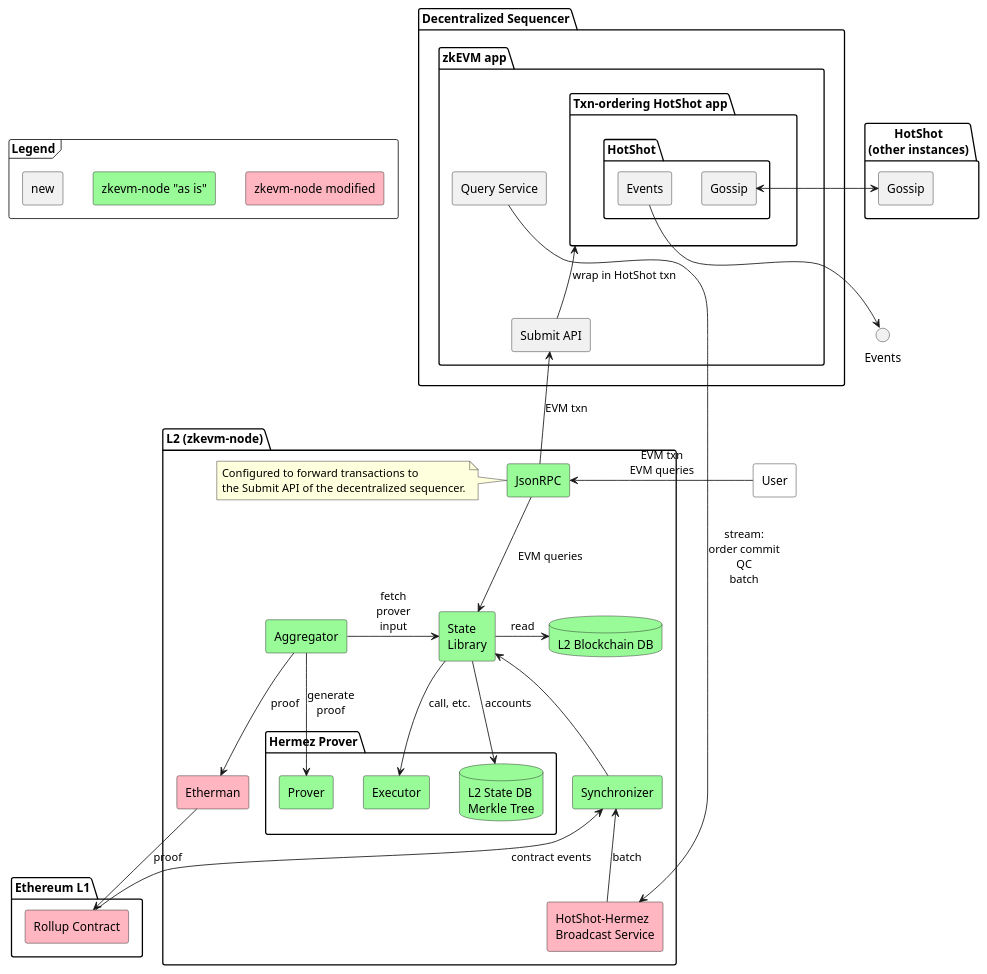
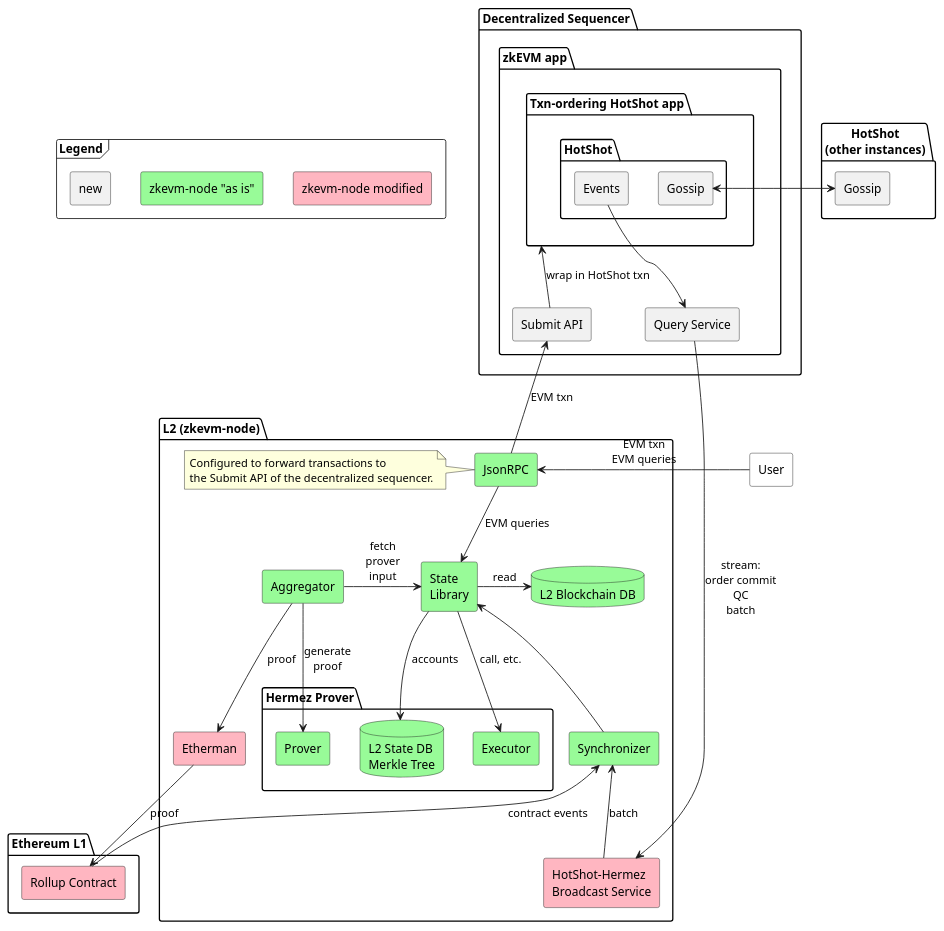
One commit to EspressoSystems/espresso-sequencer changed the diagram in doc/architecture.puml. Above: the diagram before and after it, drawn with PlantUML. The commit also changed 1 other file, not shown here.

Commit message:
Remove leftover "Events" component

```diff
--- a/doc/architecture.puml
+++ b/doc/architecture.puml
@@ -1,96 +1,96 @@
 @startuml
 skinparam componentStyle rectangle
 
 frame Legend {
   component "zkevm-node "as is"" as Original #PaleGreen
   component "zkevm-node modified" as Modified #LightPink
   component "new" as New
 }
 
 New -[hidden]r-> Original
 Original -[hidden]r-> Modified
 
 component User #White
 package "HotShot\n(other instances)" as HotShotExternal {
   component "Gossip" as GossipExternal
 }
 
 package "Decentralized Sequencer" {
   package "zkEVM app" as zkApp {
     component "Query Service" as QueryService
     component "Submit API" as Submit
     package "Txn-ordering HotShot app" as App {
       package HotShot {
         component "Gossip" as GossipInternal
         component "Events" as HotShotEvents
       }
     }
   }
 }
 
 
 package "Ethereum L1" as L1 {
   component "Rollup Contract" as Rollup #LightPink
   ' component "Bridge L1" as BridgeL1 #PaleGreen
 }
 
 
 package "L2 (zkevm-node)" as L2 {
   component JsonRPC #PaleGreen
   note left of JsonRPC
     Configured to forward transactions to
     the Submit API of the decentralized sequencer.
   end note
   database L2DB #PaleGreen [
     L2 Blockchain DB
   ]
   package "Hermez Prover" as HermezProver {
     component Prover #PaleGreen
     component Executor #PaleGreen
     database Tree #PaleGreen [
       L2 State DB
       Merkle Tree
     ]
   }
   'component "Bridge L2" as BridgeL2 #PaleGreen
   component Etherman #LightPink
   component Aggregator #PaleGreen
   component "State\nLibrary" as State #PaleGreen
   component "HotShot-Hermez\nBroadcast Service" as Broadcast #LightPink
   component Synchronizer #PaleGreen
 }
 
 User -> JsonRPC: EVM txn\nEVM queries
 'User -[hidden]> Submit
 'positions the User box in a better place
 'User -[hidden]> L2
 
 JsonRPC -up-> Submit: EVM txn
 
 GossipInternal <-> GossipExternal
 
 QueryService --> Broadcast: stream:\norder commit\nQC\nbatch
 
 'Adapter -> Rollup: order commit\nQC
 
 JsonRPC --> State: EVM queries
 
 State -> L2DB: read
 State --> Tree: accounts
 State --> Executor: call, etc.
 
 Aggregator -> State: fetch\nprover\ninput
 Aggregator --> Etherman: proof
 Aggregator -> Prover: generate\nproof
 Etherman --> Rollup: proof
 'Synchronizer <-- Rollup: contract events
 Synchronizer <-- Rollup: contract events
 Synchronizer <-- Broadcast: batch
 State <-- Synchronizer
 
 ' Prover ..> BridgeL2
 ' User --> BridgeL1
 Submit -up-> App: wrap in HotShot txn
-HotShotEvents -down-> Events
+HotShotEvents -down-> QueryService
 
 @enduml
```
